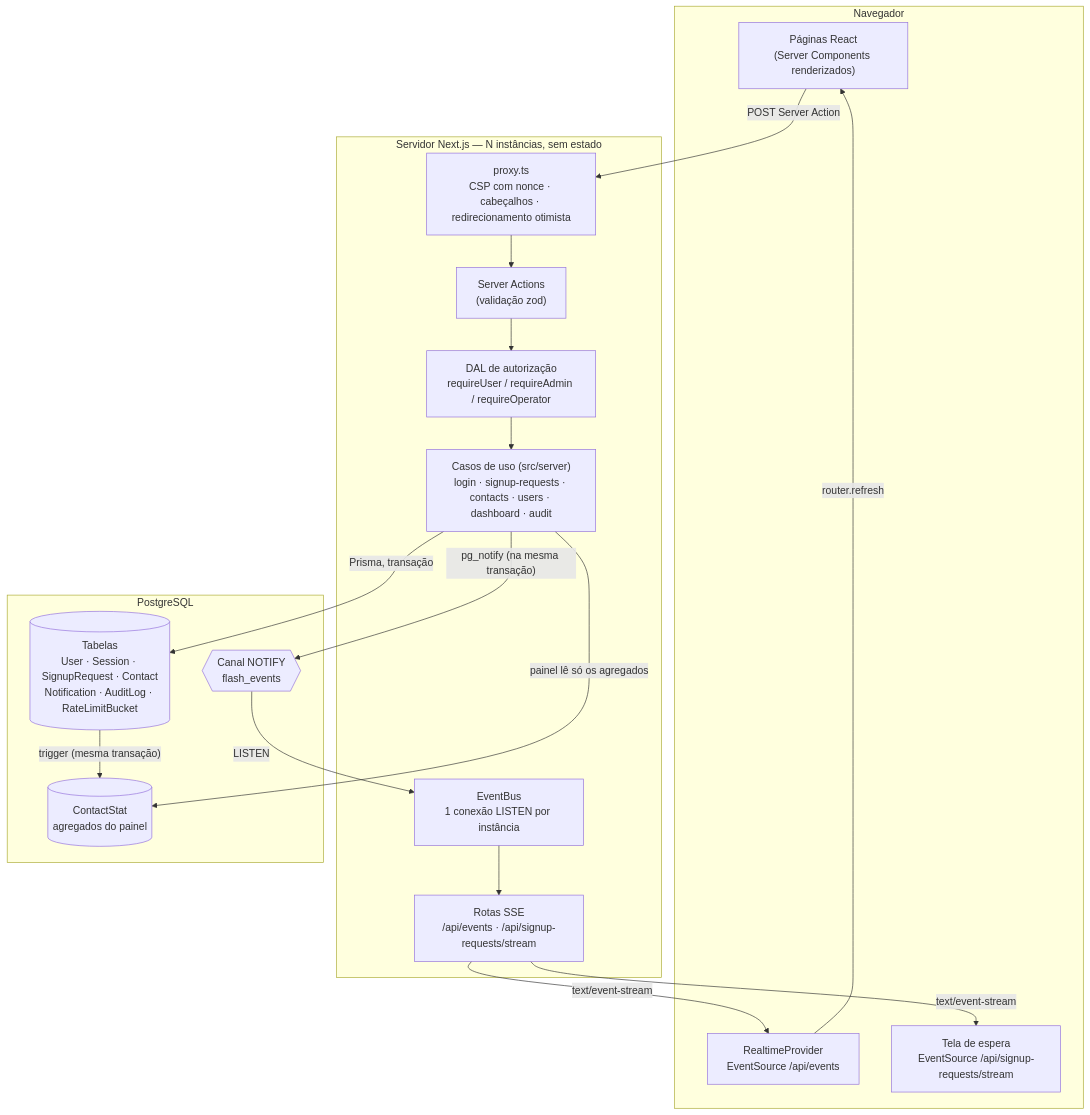
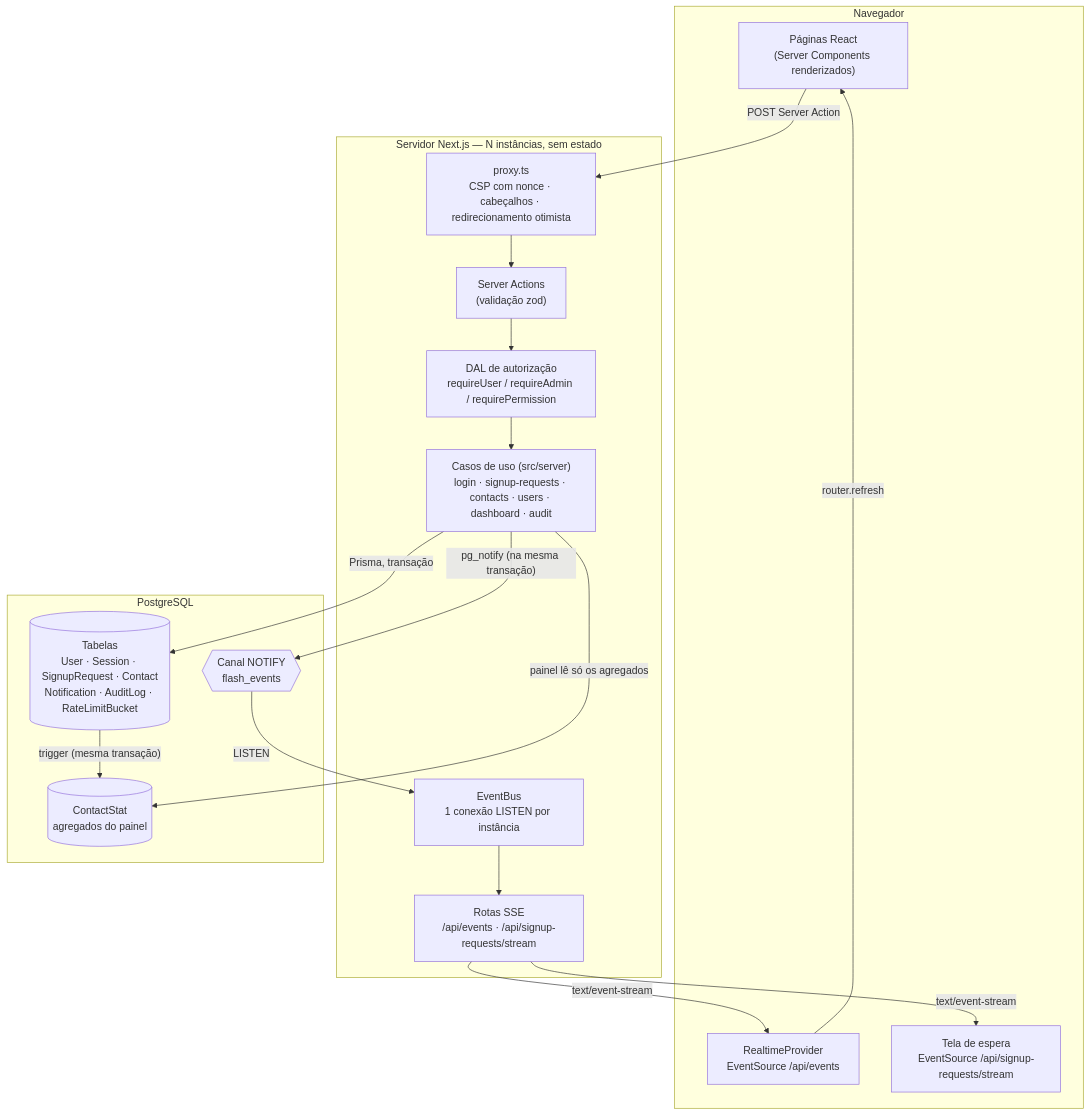
Before and after one commit to vittorccf/flash-analytics: the second of 10 diagrams in docs/ARQUITETURA.md, drawn with Mermaid. The commit also changed 4 other files, not shown here.

````diff
--- a/docs/ARQUITETURA.md
+++ b/docs/ARQUITETURA.md
@@ -53,33 +53,33 @@
 ```mermaid
 flowchart TB
   subgraph NAV["Navegador"]
     UI["Páginas React<br/>(Server Components renderizados)"]
     RT["RealtimeProvider<br/>EventSource /api/events"]
     WP["Tela de espera<br/>EventSource /api/signup-requests/stream"]
   end
 
   subgraph SRV["Servidor Next.js — N instâncias, sem estado"]
     PX["proxy.ts<br/>CSP com nonce · cabeçalhos · redirecionamento otimista"]
     SA["Server Actions<br/>(validação zod)"]
-    DAL["DAL de autorização<br/>requireUser / requireAdmin / requireOperator"]
+    DAL["DAL de autorização<br/>requireUser / requireAdmin / requirePermission"]
     UCs["Casos de uso (src/server)<br/>login · signup-requests · contacts · users · dashboard · audit"]
     SSE["Rotas SSE<br/>/api/events · /api/signup-requests/stream"]
     BUS["EventBus<br/>1 conexão LISTEN por instância"]
   end
 
   subgraph PG["PostgreSQL"]
     T[("Tabelas<br/>User · Session · SignupRequest · Contact<br/>Notification · AuditLog · RateLimitBucket")]
     AG[("ContactStat<br/>agregados do painel")]
     CH{{"Canal NOTIFY<br/>flash_events"}}
   end
 
   UI -->|POST Server Action| PX --> SA --> DAL --> UCs
   UCs -->|Prisma, transação| T
   UCs -->|"pg_notify (na mesma transação)"| CH
   T -->|"trigger (mesma transação)"| AG
   UCs -->|painel lê só os agregados| AG
   CH -->|LISTEN| BUS --> SSE
   SSE -->|text/event-stream| RT
   SSE -->|text/event-stream| WP
   RT -->|router.refresh| UI
 ```
````
